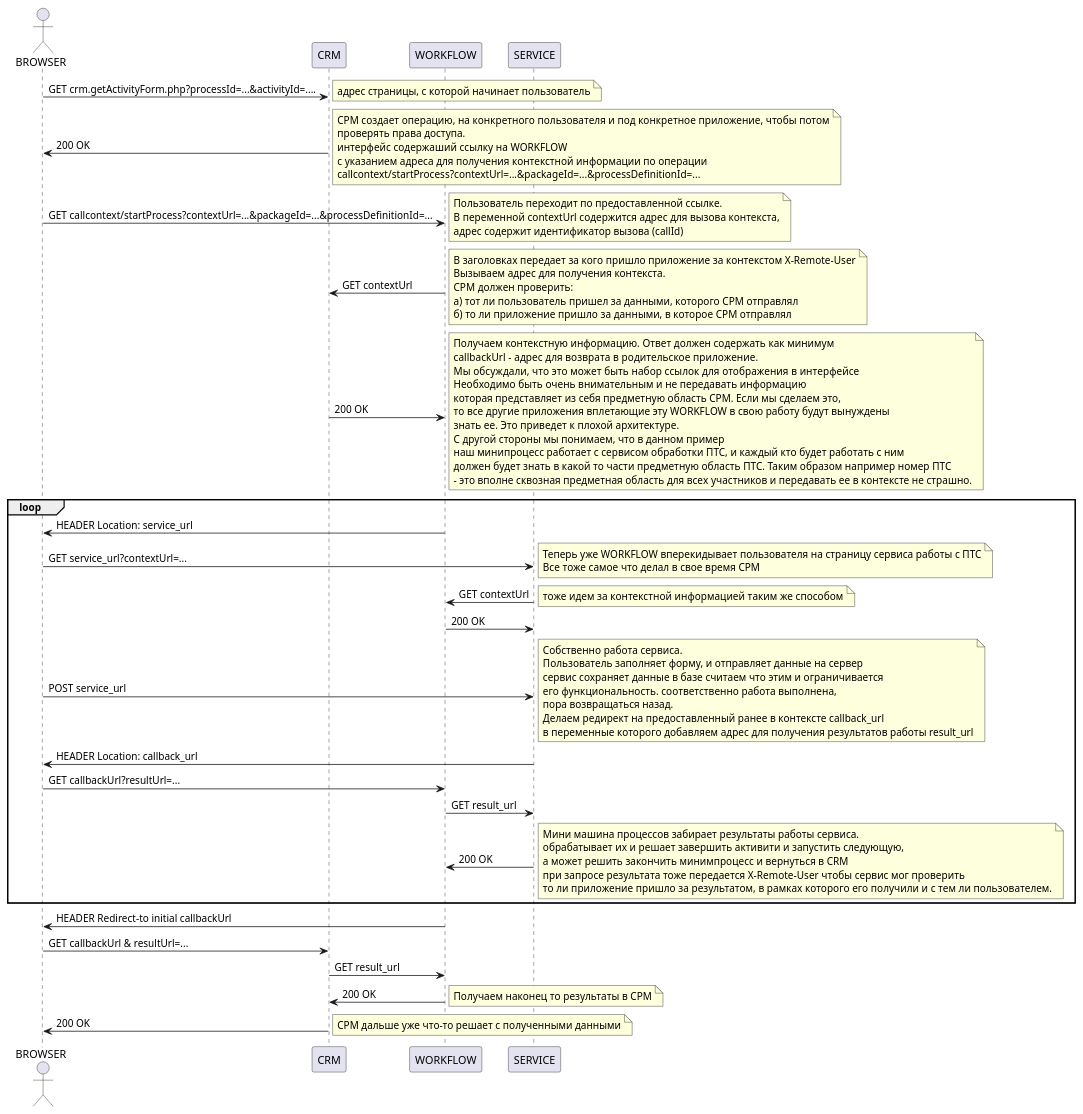
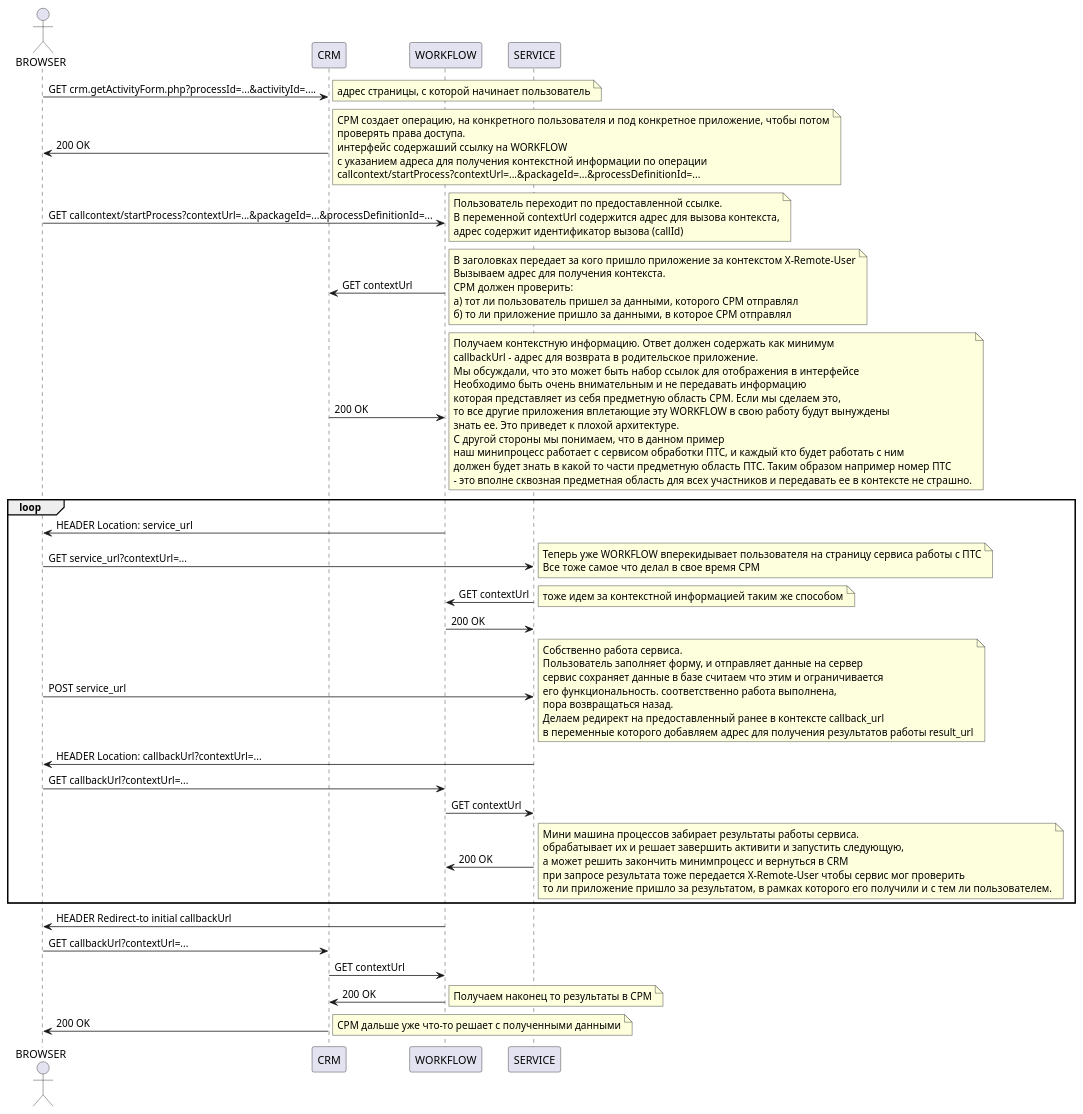
One commit to ilb/devmethodology changed the diagram in docs/architecture/crm_sequence.puml. Above: the diagram before and after it, drawn with PlantUML. The commit also changed 1 other file, not shown here.

Commit message:
Параметр resultUrl поменял на contextUrl, чтобы возврат не отличался по нотации от вызова.
Получается аналог pipe на web, когда управление переходит от одного
сервиса к другому по единому протоколу

```diff
--- a/docs/architecture/crm_sequence.puml
+++ b/docs/architecture/crm_sequence.puml
@@ -1,88 +1,88 @@
 @startuml
 actor BROWSER
 BROWSER->CRM : GET crm.getActivityForm.php?processId=...&activityId=....
 note right
     адрес cтраницы, с которой начинает пользователь
 end note
 CRM->BROWSER : 200 OK
 note right
     СРМ создает операцию, на конкретного пользователя и под конкретное приложение, чтобы потом
     проверять права доступа.
     интерфейс содержаший ссылку на WORKFLOW
     с указанием адреса для получения контекстной информации по операции
     callcontext/startProcess?contextUrl=...&packageId=...&processDefinitionId=...
 end note
 BROWSER->WORKFLOW : GET callcontext/startProcess?contextUrl=...&packageId=...&processDefinitionId=...
 note right
     Пользователь переходит по предоставленной ссылке.
     В переменной contextUrl содержится адрес для вызова контекста,
     адрес содержит идентификатор вызова (callId)
 end note
 WORKFLOW->CRM : GET contextUrl
 note right
     В заголовках передает за кого пришло приложение за контекстом X-Remote-User
     Вызываем адрес для получения контекста.
     СРМ должен проверить:
     а) тот ли пользователь пришел за данными, которого СРМ отправлял
     б) то ли приложение пришло за данными, в которое СРМ отправлял
 end note
 CRM->WORKFLOW : 200 OK
 note right
     Получаем контекстную информацию. Ответ должен содержать как минимум
     callbackUrl -  адрес для возврата в родительское приложение.
     Мы обсуждали, что это может  быть набор ссылок для отображения в интерфейсе
     Необходимо быть очень внимательным и не передавать информацию
     которая представляет из себя предметную область СРМ. Если мы сделаем это,
     то все другие приложения вплетающие эту WORKFLOW в свою работу будут вынуждены
     знать ее. Это приведет к плохой архитектуре.
     С другой стороны мы понимаем, что в данном пример
     наш минипроцесс работает с сервисом обработки ПТС, и каждый кто будет работать с ним
     должен будет знать в какой то части предметную область ПТС. Таким образом например номер ПТС
     - это вполне сквозная предметная область для всех участников и передавать ее в контексте не страшно.
 end note
 loop
 WORKFLOW->BROWSER : HEADER Location: service_url
 BROWSER->SERVICE : GET service_url?contextUrl=...
 note right
     Теперь уже WORKFLOW вперекидывает пользователя на страницу сервиса работы с ПТС
     Все тоже самое что делал в свое время СРМ
 end note
 SERVICE->WORKFLOW : GET contextUrl
 note right
     тоже идем за контекстной информацией таким же способом
 end note
 WORKFLOW->SERVICE : 200 OK
 BROWSER->SERVICE : POST service_url
 note right
     Собственно работа сервиса.
     Пользователь заполняет форму, и отправляет данные на сервер
     сервис сохраняет данные в базе считаем что этим и ограничивается
     его функциональность. соответственно работа выполнена,
     пора возвращаться назад.
     Делаем редирект на предоставленный ранее в контексте callback_url
     в переменные которого добавляем адрес для получения результатов работы result_url
 end note
-SERVICE->BROWSER : HEADER Location: callback_url
-BROWSER->WORKFLOW : GET callbackUrl?resultUrl=...
-WORKFLOW->SERVICE : GET result_url
+SERVICE->BROWSER : HEADER Location: callbackUrl?contextUrl=...
+BROWSER->WORKFLOW : GET callbackUrl?contextUrl=...
+WORKFLOW->SERVICE : GET contextUrl
 SERVICE->WORKFLOW : 200 OK
 note right
     Мини машина процессов забирает результаты работы сервиса.
     обрабатывает их и решает завершить активити и запустить следующую,
     а может решить закончить минимпроцесс и вернуться в CRM
     при запросе результата тоже передается X-Remote-User чтобы сервис мог проверить
     то ли приложение пришло за результатом, в рамках которого его получили и с тем ли пользователем.
 end note
 end
 WORKFLOW->BROWSER : HEADER Redirect-to initial callbackUrl
-BROWSER->CRM : GET callbackUrl & resultUrl=...
-CRM->WORKFLOW : GET result_url
+BROWSER->CRM : GET callbackUrl?contextUrl=...
+CRM->WORKFLOW : GET contextUrl
 WORKFLOW->CRM : 200 OK
 note right
     Получаем наконец то результаты в СРМ
 end note
 CRM->BROWSER : 200 OK
 note right
     СРМ дальше уже что-то решает с полученными данными
 end note
 @enduml
```
